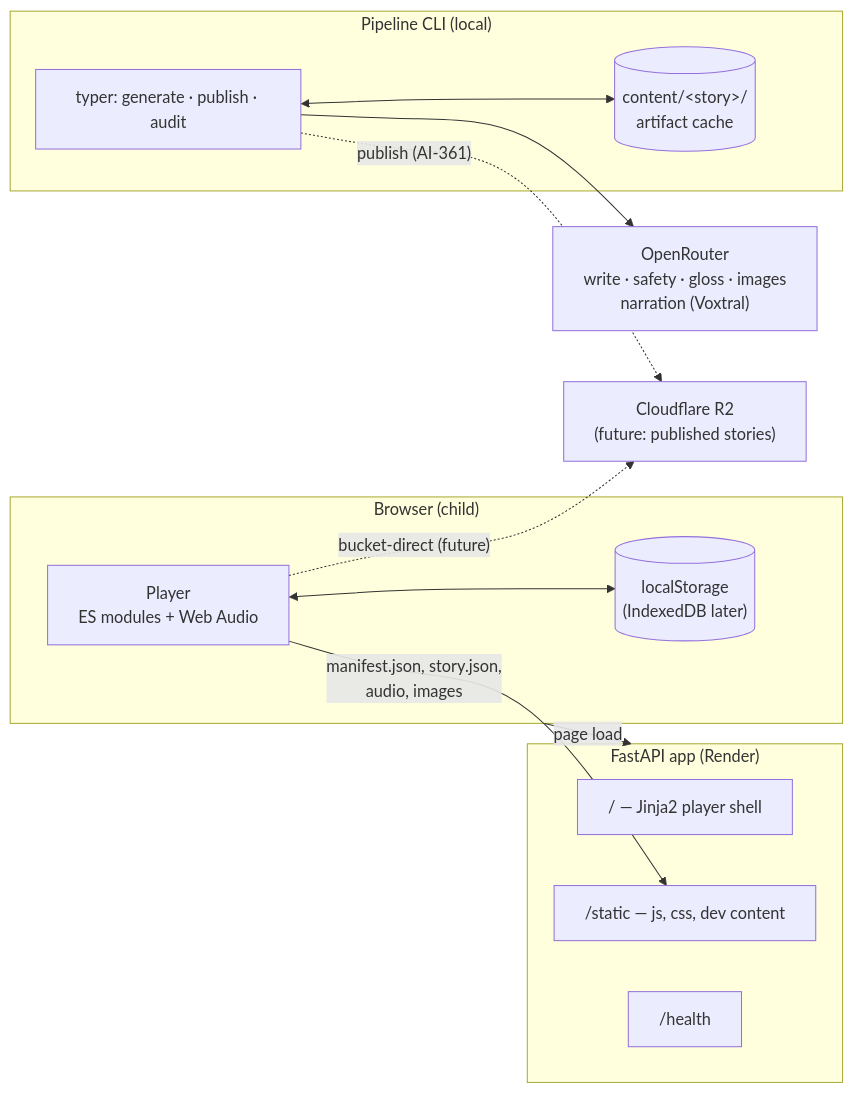
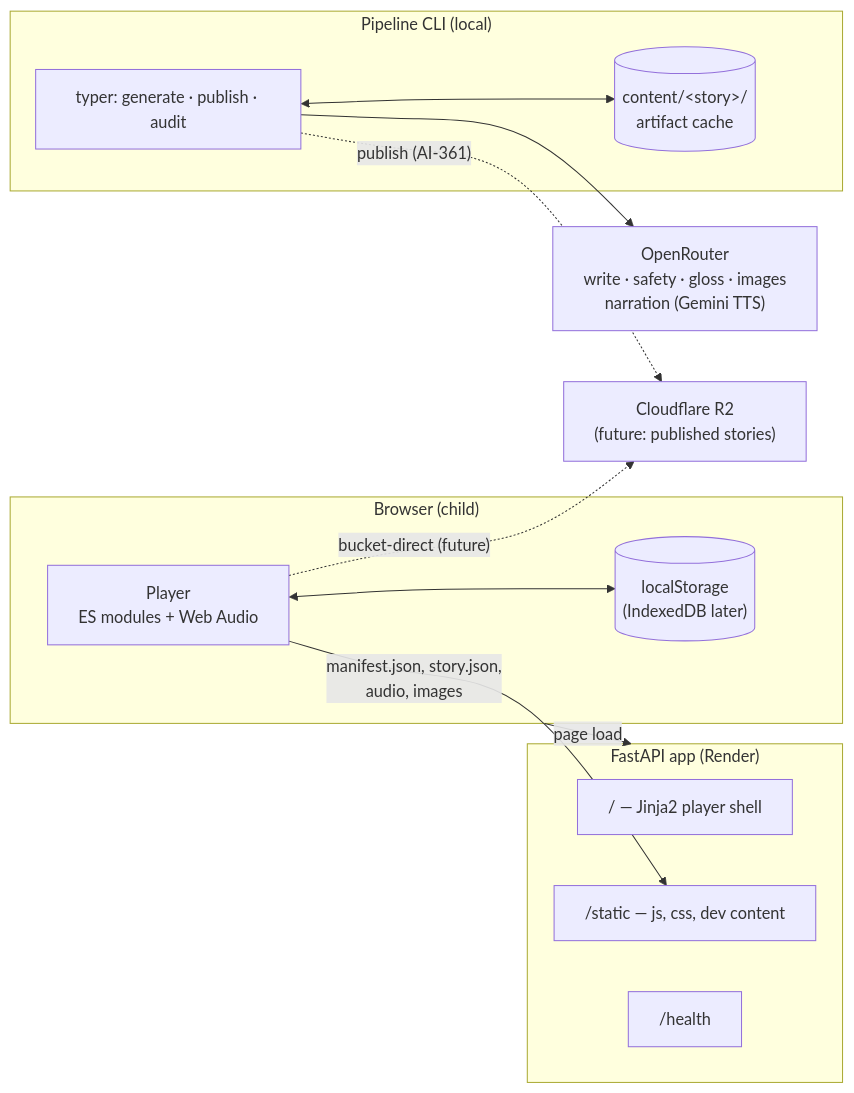
One commit to darth-dodo/cantastorie changed the first of 6 diagrams in docs/system-overview.md. Above: the diagram before and after it, drawn with Mermaid. The commit also changed other lines of this file and 10 other files, not shown here.

First line of the commit message:
feat(narration): switch default TTS from Voxtral to Gemini 3.1 Flash via OpenRouter (ADR-008 Phase 2)

````diff
--- a/docs/system-overview.md
+++ b/docs/system-overview.md
@@ -16,29 +16,29 @@
 ```mermaid
 flowchart LR
     subgraph Browser["Browser (child)"]
         P["Player<br/>ES modules + Web Audio"]
         LS[("localStorage<br/>(IndexedDB later)")]
         P <--> LS
     end
 
     subgraph App["FastAPI app (Render)"]
         T["/ — Jinja2 player shell"]
         S["/static — js, css, dev content"]
         H["/health"]
     end
 
     subgraph Factory["Pipeline CLI (local)"]
         CLI["typer: generate · publish · audit"]
         Cache[("content/&lt;story&gt;/<br/>artifact cache")]
         CLI <--> Cache
     end
 
-    OR["OpenRouter<br/>write · safety · gloss · images<br/>narration (Voxtral)"]
+    OR["OpenRouter<br/>write · safety · gloss · images<br/>narration (Gemini TTS)"]
     R2["Cloudflare R2<br/>(future: published stories)"]
 
     Browser -- "page load" --> App
     P -- "manifest.json, story.json,<br/>audio, images" --> S
     CLI --> OR
     CLI -. "publish (AI-361)" .-> R2
     P -. "bucket-direct (future)" .-> R2
 ```
````
